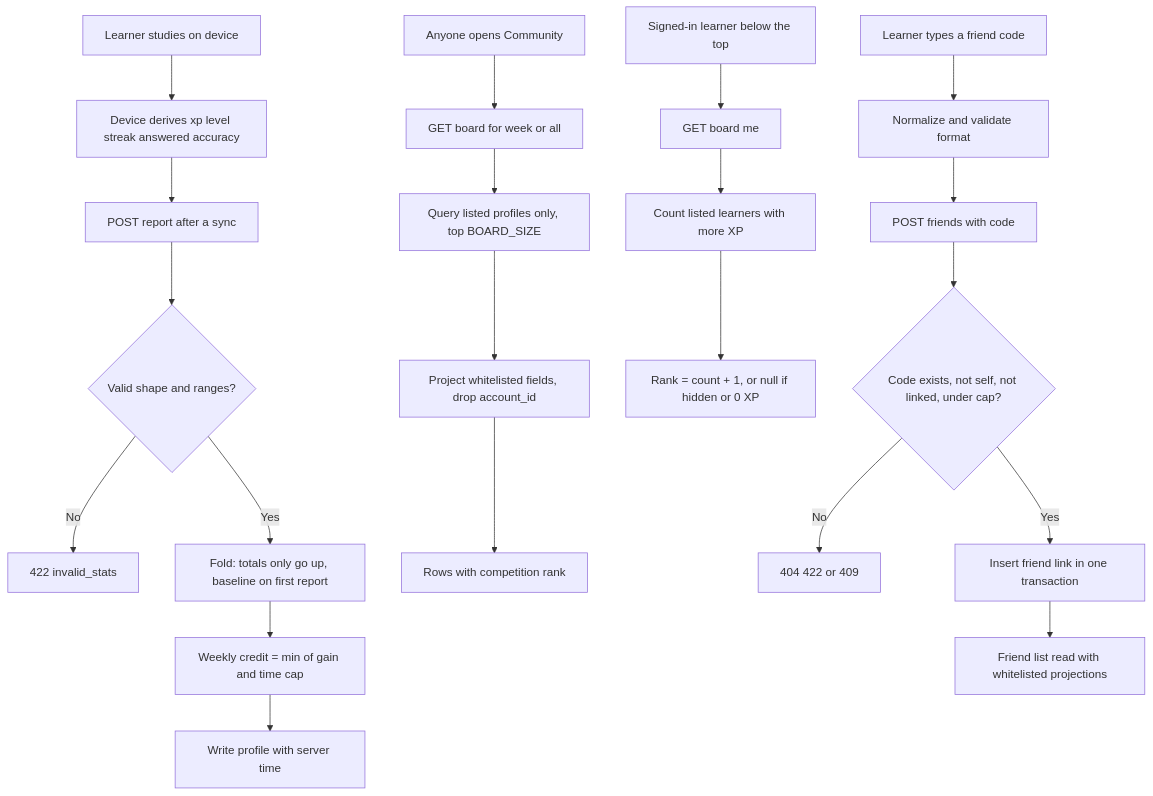
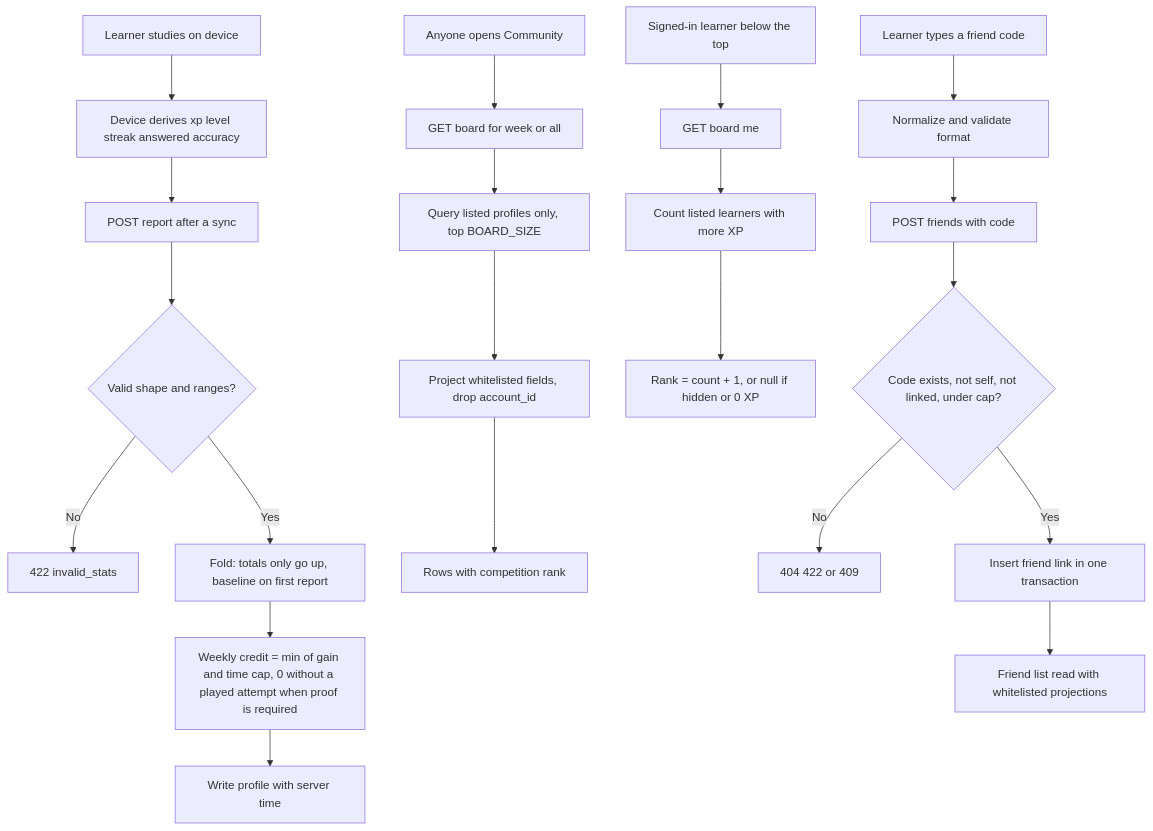
One commit to nguyenvanduocit/primitive-blocks-specs changed the second of 5 diagrams in blocks/ugc/friends-leaderboard/README.md. Above: the diagram before and after it, drawn with Mermaid. The commit also changed other lines of this file and 176 other files, not shown here.

````diff
--- a/blocks/ugc/friends-leaderboard/README.md
+++ b/blocks/ugc/friends-leaderboard/README.md
@@ -245,26 +248,26 @@
 ```mermaid
 flowchart TD
     A[Learner studies on device] --> B[Device derives xp level streak answered accuracy]
     B --> C[POST report after a sync]
     C --> D{Valid shape and ranges?}
     D -->|No| E[422 invalid_stats]
     D -->|Yes| F[Fold: totals only go up, baseline on first report]
-    F --> G[Weekly credit = min of gain and time cap]
+    F --> G[Weekly credit = min of gain and time cap, 0 without a played attempt when proof is required]
     G --> H[Write profile with server time]
 
     I[Anyone opens Community] --> J[GET board for week or all]
     J --> K[Query listed profiles only, top BOARD_SIZE]
     K --> L[Project whitelisted fields, drop account_id]
     L --> M[Rows with competition rank]
 
     N[Signed-in learner below the top] --> O[GET board me]
     O --> P[Count listed learners with more XP]
     P --> Q[Rank = count + 1, or null if hidden or 0 XP]
 
     R[Learner types a friend code] --> S[Normalize and validate format]
     S --> T[POST friends with code]
     T --> U{Code exists, not self, not linked, under cap?}
     U -->|No| V[404 422 or 409]
     U -->|Yes| W[Insert friend link in one transaction]
     W --> X[Friend list read with whitelisted projections]
 ```
````
